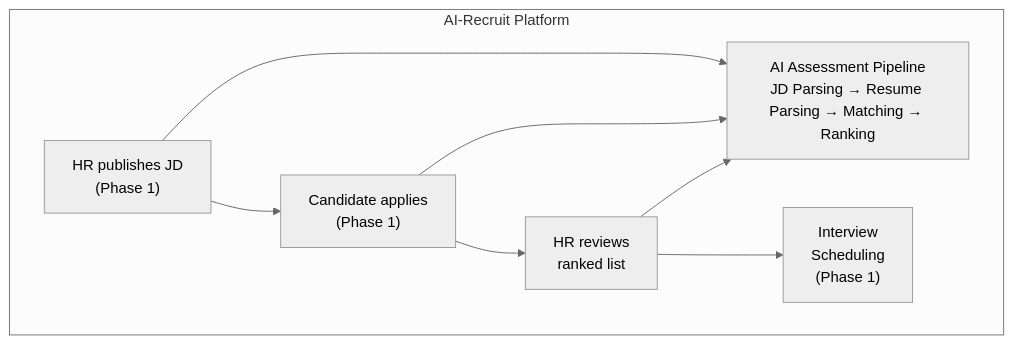
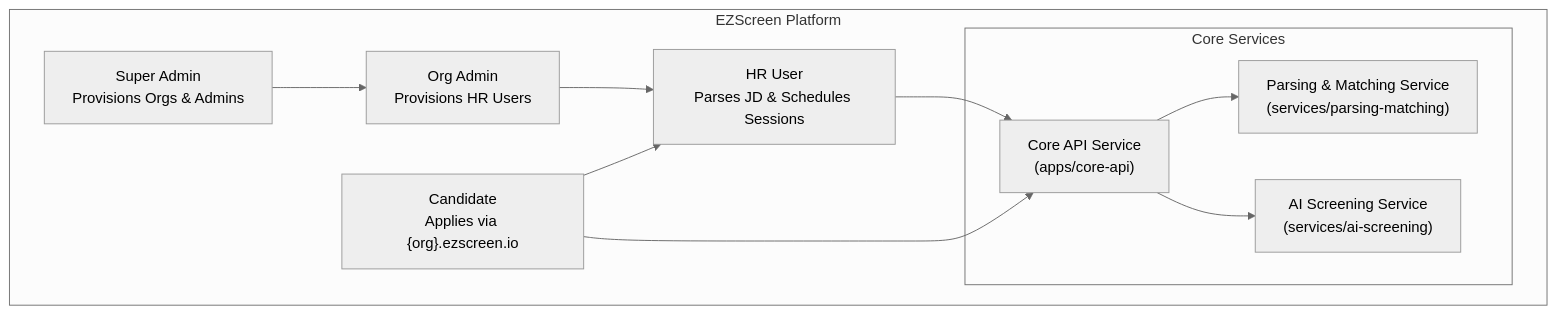
The first of 4 diagrams in docs/requirements/AI_SCREENING_REQUIREMENTS.md (joshsoftware/EZScreen), drawn with Mermaid (neutral theme) before and after one commit. The commit also changed other lines of this file and 2 other files, not shown here.

````diff
--- a/docs/requirements/AI_SCREENING_REQUIREMENTS.md
+++ b/docs/requirements/AI_SCREENING_REQUIREMENTS.md
@@ -51,20 +44,23 @@
 ```mermaid
 flowchart TD
-    subgraph AI-Recruit["AI-Recruit Platform"]
-        HR["HR publishes JD<br/>(Phase 1)"]
-        Cand["Candidate applies<br/>(Phase 1)"]
-        Rev["HR reviews<br/>ranked list"]
+    subgraph EZScreen["EZScreen Platform"]
+        SuperAdmin["Super Admin<br/>Provisions Orgs & Admins"]
+        OrgAdmin["Org Admin<br/>Provisions HR Users"]
+        HR["HR User<br/>Parses JD & Schedules Sessions"]
+        Cand["Candidate<br/>Applies via {org}.ezscreen.io"]
         
-        HR --> Cand --> Rev
+        SuperAdmin --> OrgAdmin --> HR
+        Cand --> HR
         
-        AI["AI Assessment Pipeline<br/>JD Parsing → Resume Parsing → Matching → Ranking"]
+        subgraph CoreServices["Core Services"]
+            CoreAPI["Core API Service<br/>(apps/core-api)"]
+            ParsingSvc["Parsing & Matching Service<br/>(services/parsing-matching)"]
+            AIScreeningSvc["AI Screening Service<br/>(services/ai-screening)"]
+        end
         
-        HR --> AI
-        Cand --> AI
-        Rev --> AI
-        
-        Int["Interview<br/>Scheduling<br/>(Phase 1)"]
-        
-        Rev --> Int
+        HR --> CoreAPI
+        Cand --> CoreAPI
+        CoreAPI --> ParsingSvc
+        CoreAPI --> AIScreeningSvc
     end
 ```
````
